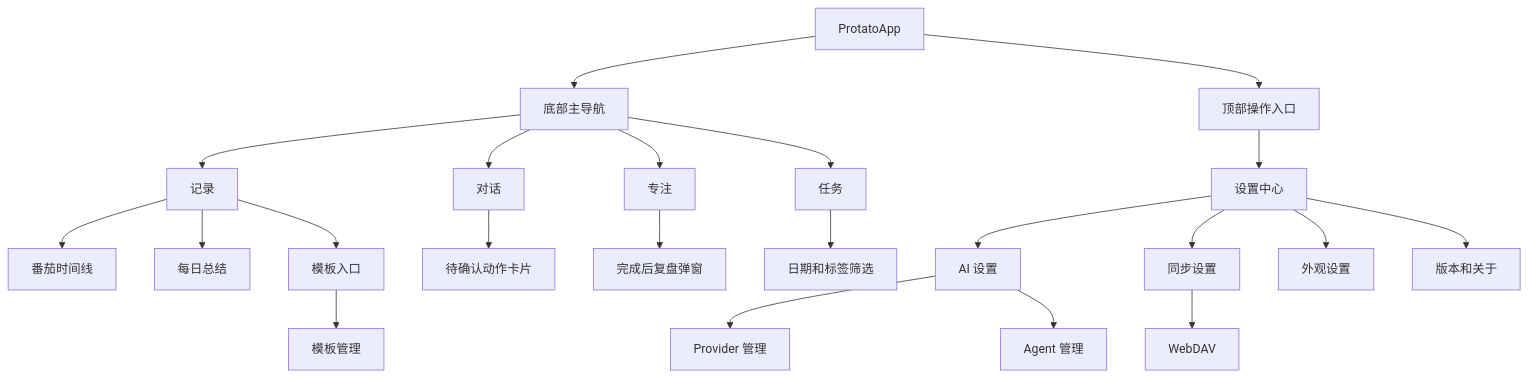
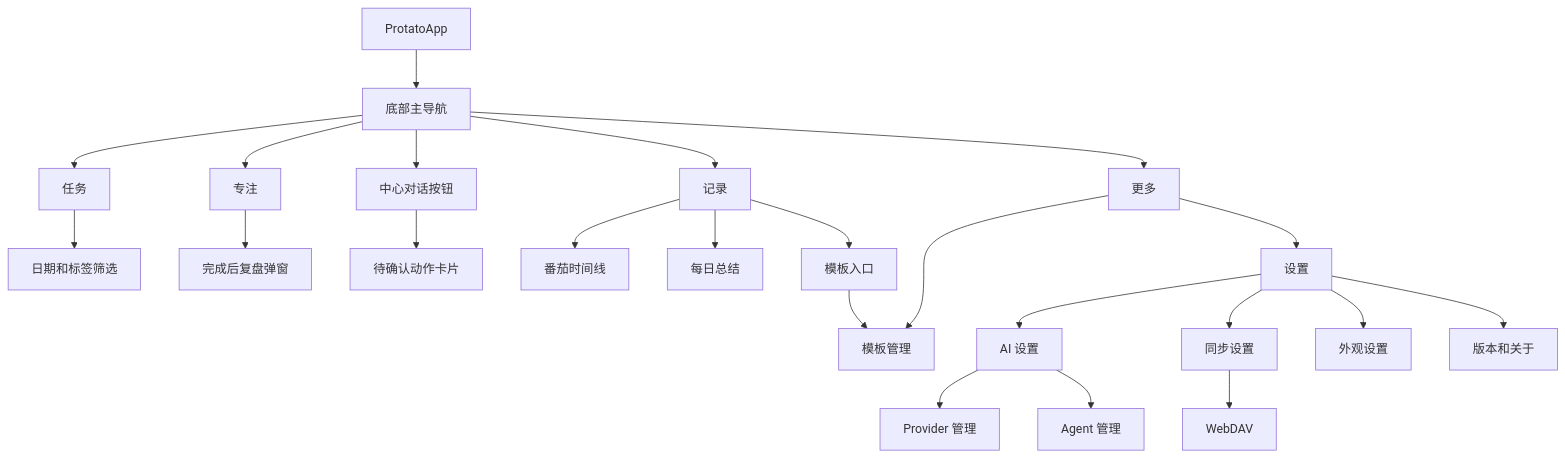
The second of 4 diagrams in REFACTOR_PLAN.md (LongCoderX/protato), drawn with Mermaid before and after one commit. The commit also changed other lines of this file and 8 other files, not shown here.

````diff
--- a/REFACTOR_PLAN.md
+++ b/REFACTOR_PLAN.md
@@ -445,29 +476,30 @@
 ```mermaid
 flowchart TD
     Root["ProtatoApp"] --> BottomNav["底部主导航"]
 
-    BottomNav --> AgentTab["对话"]
+    BottomNav --> TodoTab["任务"]
     BottomNav --> FocusTab["专注"]
-    BottomNav --> TodoTab["任务"]
+    BottomNav --> AgentTab["中心对话按钮"]
     BottomNav --> RecordsTab["记录"]
+    BottomNav --> MoreTab["更多"]
 
     RecordsTab --> RecordTimeline["番茄时间线"]
     RecordsTab --> DailySummary["每日总结"]
     RecordsTab --> TemplateEntry["模板入口"]
 
     AgentTab --> PendingActions["待确认动作卡片"]
     FocusTab --> RecordDialog["完成后复盘弹窗"]
     TodoTab --> TodoFilters["日期和标签筛选"]
 
-    Root --> TopActions["顶部操作入口"]
-    TopActions --> SettingsHub["设置中心"]
+    MoreTab --> TemplateManager["模板管理"]
+    MoreTab --> SettingsHub["设置"]
     SettingsHub --> AiSettings["AI 设置"]
     SettingsHub --> SyncSettings["同步设置"]
     SettingsHub --> AppearanceSettings["外观设置"]
     SettingsHub --> AboutSettings["版本和关于"]
 
     AiSettings --> ProviderSettings["Provider 管理"]
     AiSettings --> AgentSettings["Agent 管理"]
     SyncSettings --> WebDavSettings["WebDAV"]
-    TemplateEntry --> TemplateManager["模板管理"]
+    TemplateEntry --> TemplateManager
 ```
````
